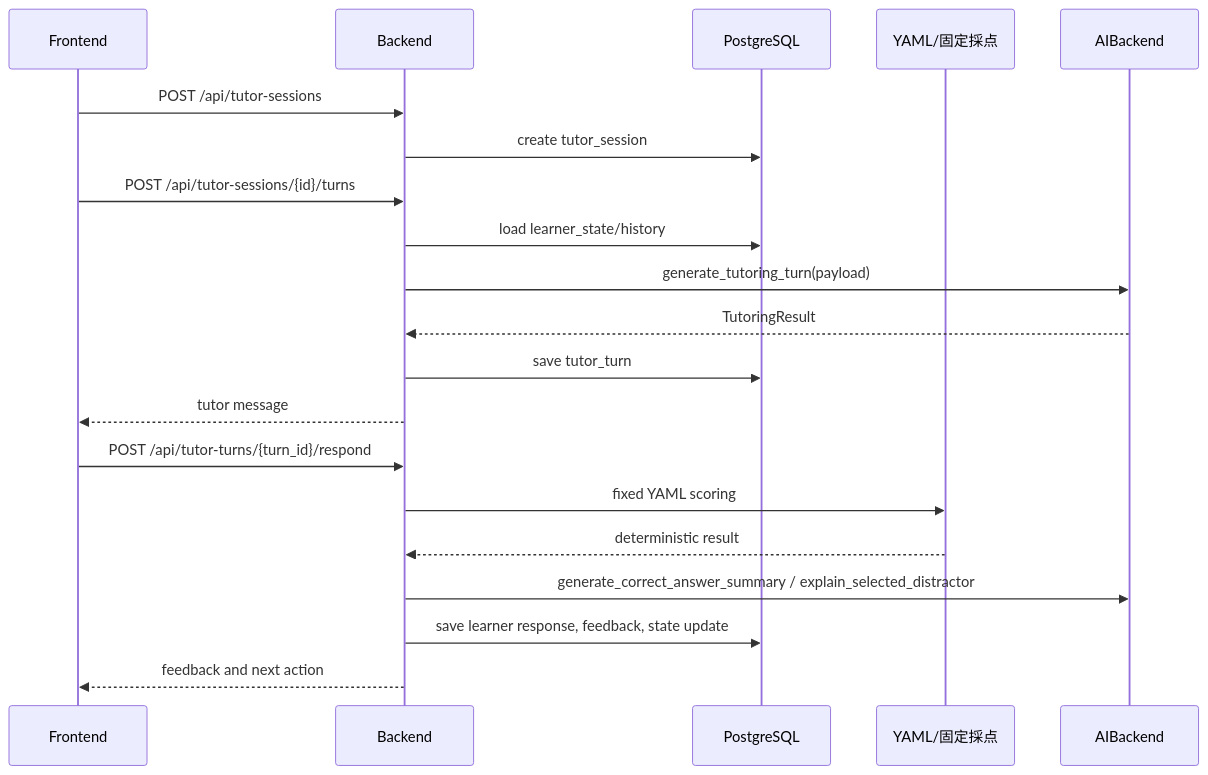
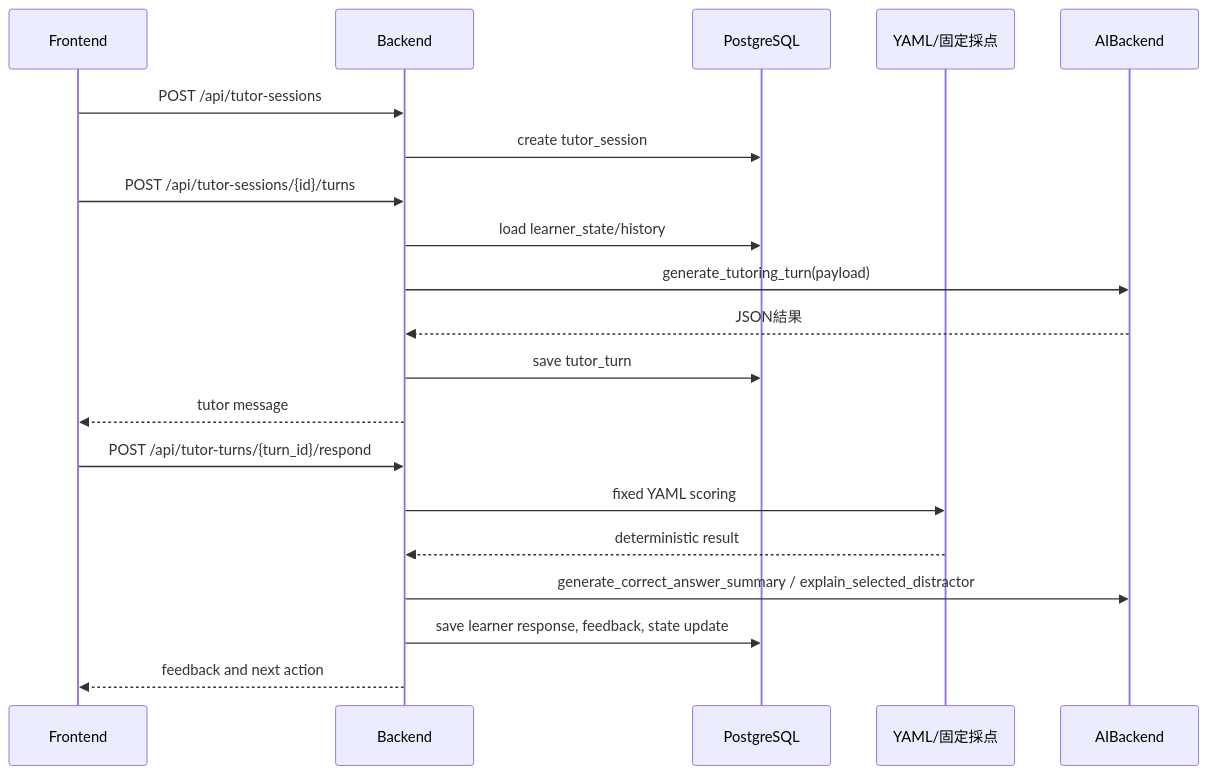
One commit to Hiroki252516/gogainen_bot changed the second of 2 diagrams in docs/05_system_architecture.md. Above: the diagram before and after it, drawn with Mermaid. The commit also changed other lines of this file and 19 other files, not shown here.

````diff
--- a/docs/05_system_architecture.md
+++ b/docs/05_system_architecture.md
@@ -160,22 +164,22 @@
 ```mermaid
 sequenceDiagram
   participant F as Frontend
   participant B as Backend
   participant DB as PostgreSQL
   participant Y as YAML/固定採点
   participant AI as AIBackend
   F->>B: POST /api/tutor-sessions
   B->>DB: create tutor_session
   F->>B: POST /api/tutor-sessions/{id}/turns
   B->>DB: load learner_state/history
   B->>AI: generate_tutoring_turn(payload)
-  AI-->>B: TutoringResult
+  AI-->>B: JSON結果
   B->>DB: save tutor_turn
   B-->>F: tutor message
   F->>B: POST /api/tutor-turns/{turn_id}/respond
   B->>Y: fixed YAML scoring
   Y-->>B: deterministic result
   B->>AI: generate_correct_answer_summary / explain_selected_distractor
   B->>DB: save learner response, feedback, state update
   B-->>F: feedback and next action
 ```
````
